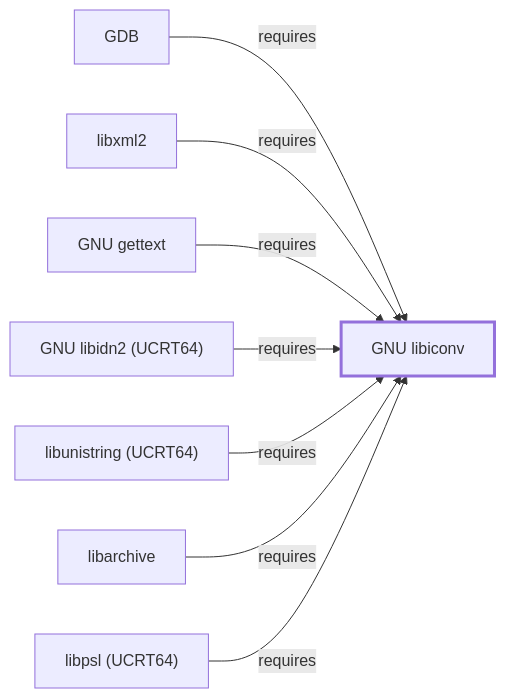
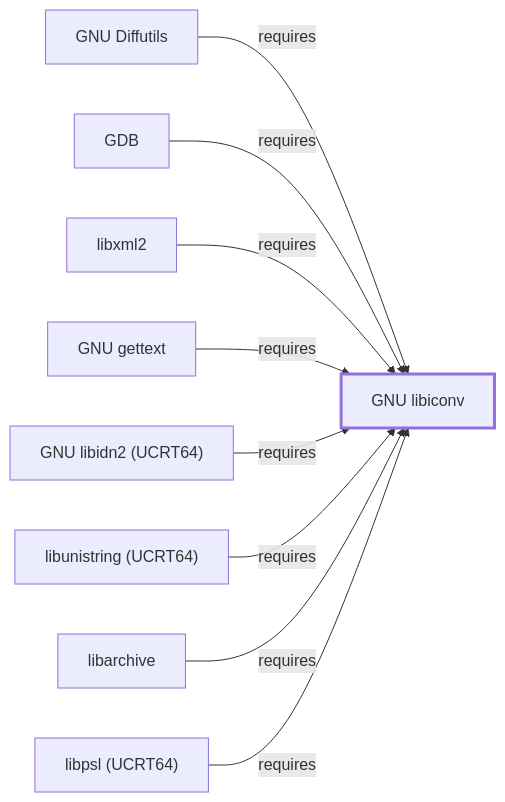
Before and after one commit to baileyrd/AKB: the diagram in docs/GNU-LIBICONV.md, drawn with Mermaid. The commit also changed other lines of this file and 29 other files, not shown here.

````diff
--- a/docs/GNU-LIBICONV.md
+++ b/docs/GNU-LIBICONV.md
@@ -141,19 +141,21 @@
 ```mermaid
 flowchart LR
     subject["GNU libiconv"]
-    u0["GDB"]
+    u0["GNU Diffutils"]
     u0 -->|requires| subject
-    u1["libxml2"]
+    u1["GDB"]
     u1 -->|requires| subject
-    u2["GNU gettext"]
+    u2["libxml2"]
     u2 -->|requires| subject
-    u3["GNU libidn2 (UCRT64)"]
+    u3["GNU gettext"]
     u3 -->|requires| subject
-    u4["libunistring (UCRT64)"]
+    u4["GNU libidn2 (UCRT64)"]
     u4 -->|requires| subject
-    u5["libarchive"]
+    u5["libunistring (UCRT64)"]
     u5 -->|requires| subject
-    u6["libpsl (UCRT64)"]
+    u6["libarchive"]
     u6 -->|requires| subject
+    u7["libpsl (UCRT64)"]
+    u7 -->|requires| subject
     style subject stroke-width:3px
 ```
````
